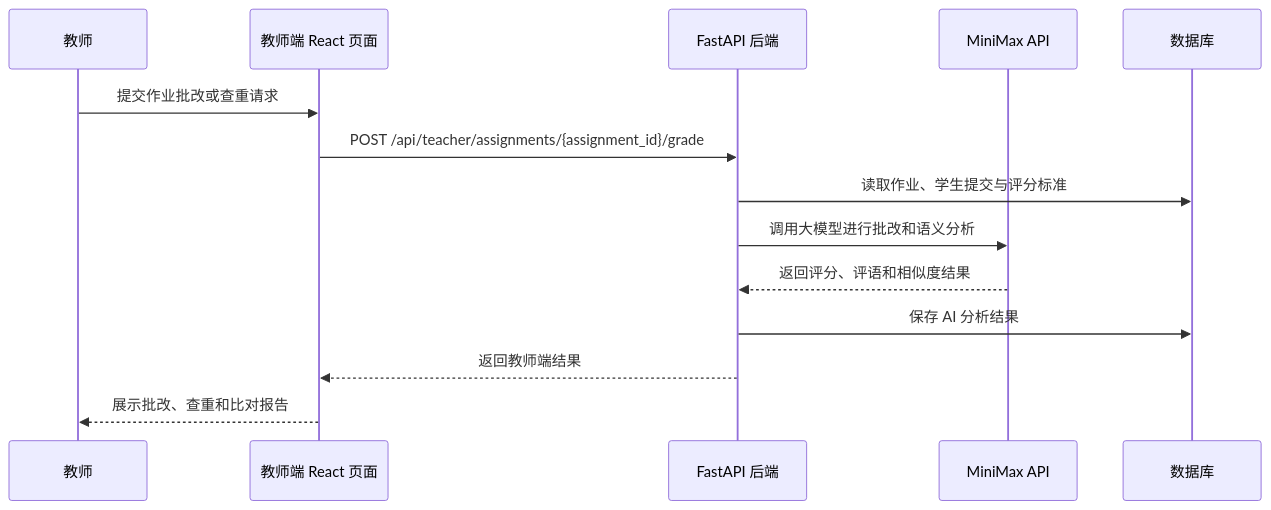
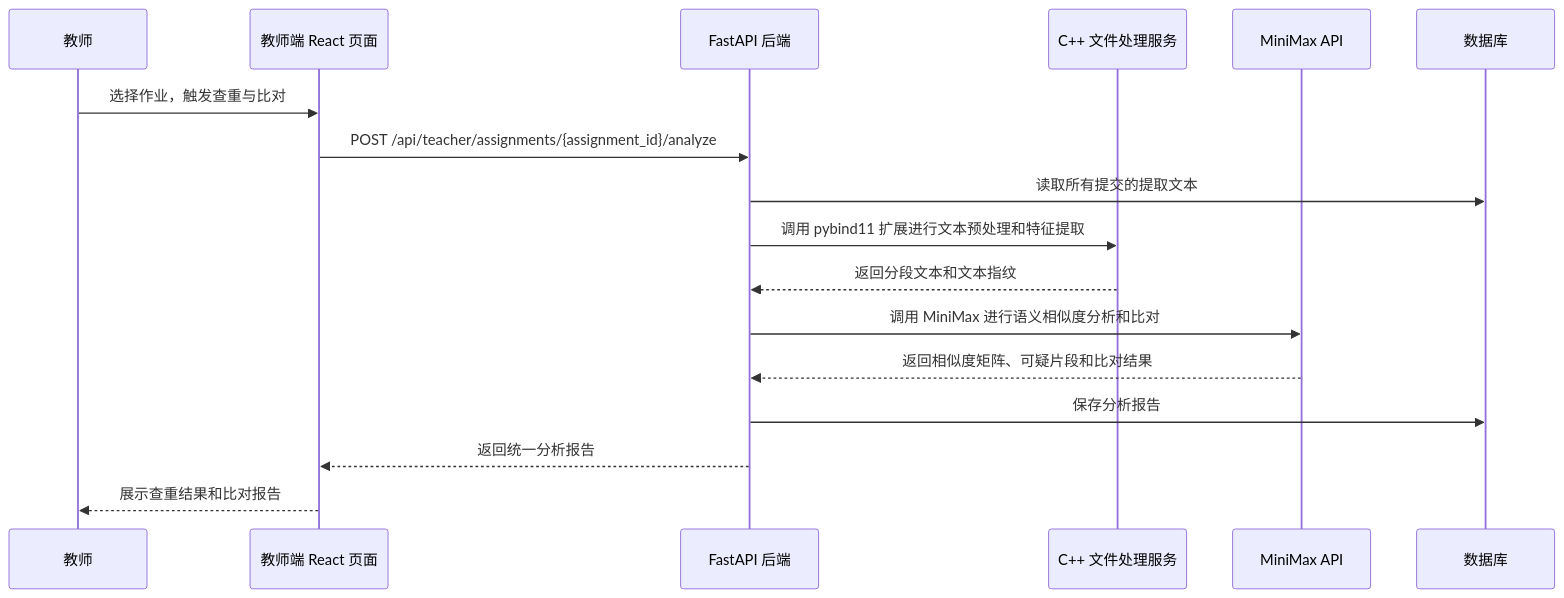
The seventh of 7 diagrams in docs/architecture.md (fengyan1214/zhixue-companion), drawn with Mermaid before and after one commit. The commit also changed other lines of this file and 3 other files, not shown here.

````diff
--- a/docs/architecture.md
+++ b/docs/architecture.md
@@ -186,17 +206,20 @@
 ```mermaid
 sequenceDiagram
     participant T as 教师
     participant F as 教师端 React 页面
     participant B as FastAPI 后端
+    participant CPP as C++ 文件处理服务
     participant M as MiniMax API
     participant D as 数据库
 
-    T->>F: 提交作业批改或查重请求
-    F->>B: POST /api/teacher/assignments/{assignment_id}/grade
-    B->>D: 读取作业、学生提交与评分标准
-    B->>M: 调用大模型进行批改和语义分析
-    M-->>B: 返回评分、评语和相似度结果
-    B->>D: 保存 AI 分析结果
-    B-->>F: 返回教师端结果
-    F-->>T: 展示批改、查重和比对报告
+    T->>F: 选择作业，触发查重与比对
+    F->>B: POST /api/teacher/assignments/{assignment_id}/analyze
+    B->>D: 读取所有提交的提取文本
+    B->>CPP: 调用 pybind11 扩展进行文本预处理和特征提取
+    CPP-->>B: 返回分段文本和文本指纹
+    B->>M: 调用 MiniMax 进行语义相似度分析和比对
+    M-->>B: 返回相似度矩阵、可疑片段和比对结果
+    B->>D: 保存分析报告
+    B-->>F: 返回统一分析报告
+    F-->>T: 展示查重结果和比对报告
 ```
````
